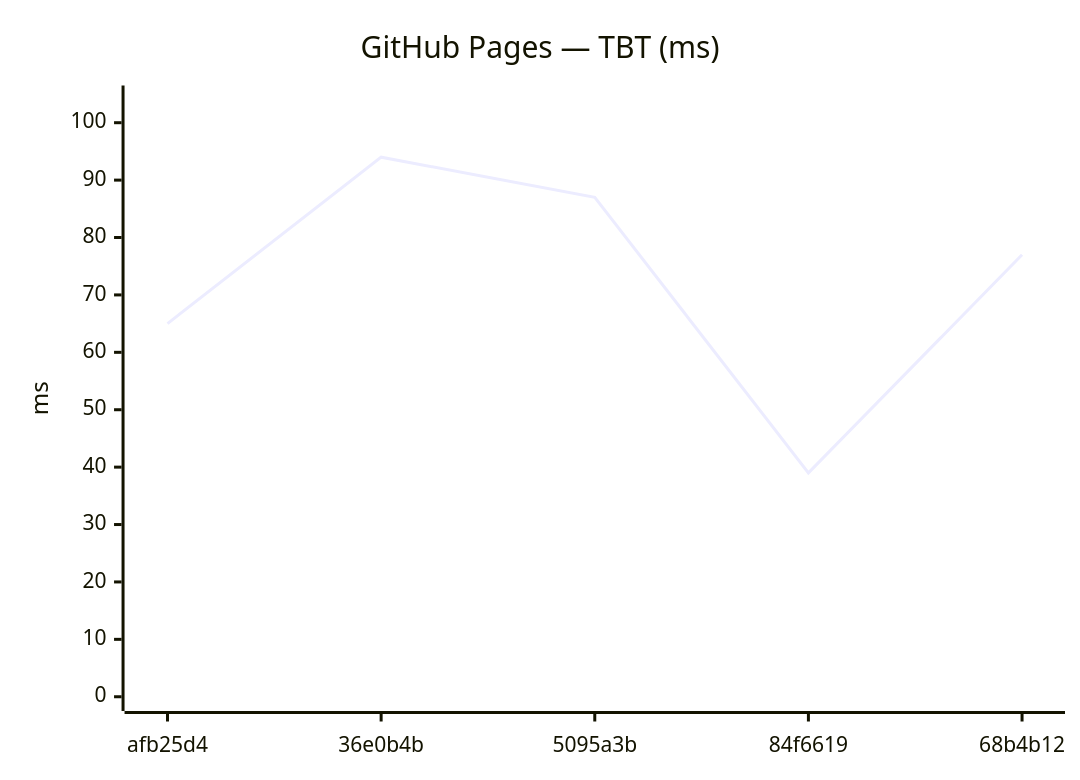
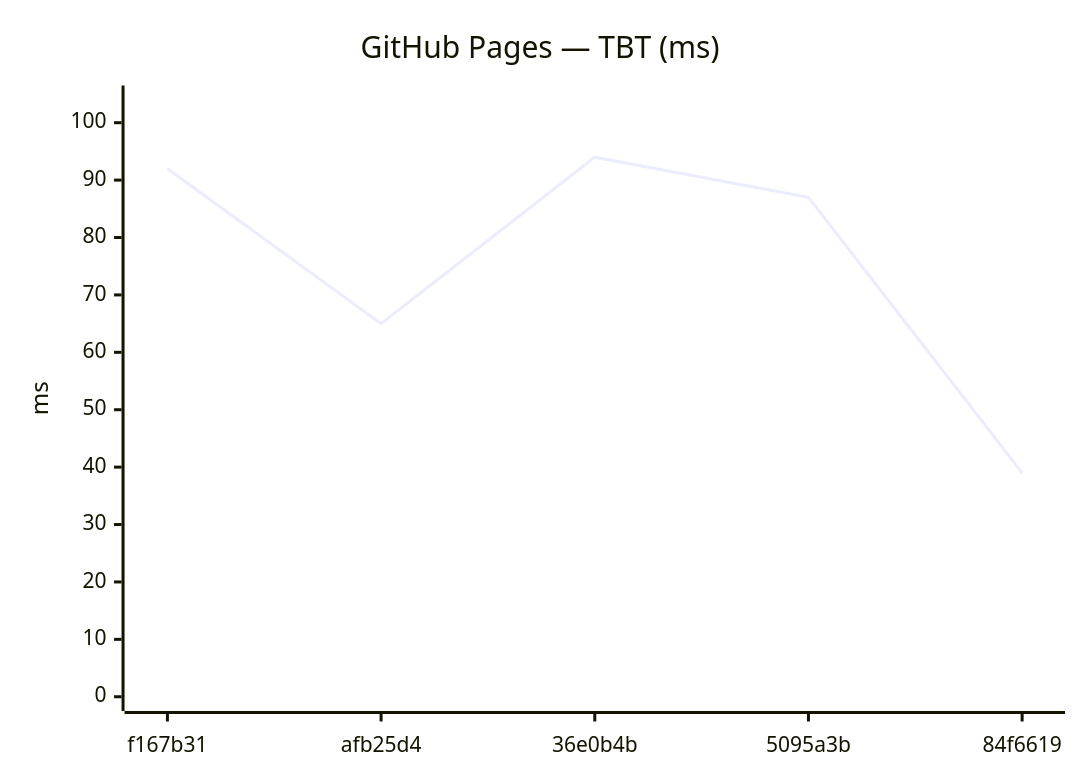
One commit to Metaheurist/Rianell changed the tenth of 18 diagrams in benchmarks/compare.md. Above: the diagram before and after it, drawn with Mermaid. The commit also changed other lines of this file and 11 other files, not shown here.

````diff
--- a/benchmarks/compare.md
+++ b/benchmarks/compare.md
@@ -149,7 +149,7 @@
 ```mermaid
 xychart-beta
     title "GitHub Pages — TBT (ms)"
-    x-axis ["afb25d4", "36e0b4b", "5095a3b", "84f6619", "68b4b12"]
+    x-axis ["f167b31", "afb25d4", "36e0b4b", "5095a3b", "84f6619"]
     y-axis "ms" 0 --> 104
-    line [65, 94, 87, 39, 77]
+    line [92, 65, 94, 87, 39]
 ```
````
